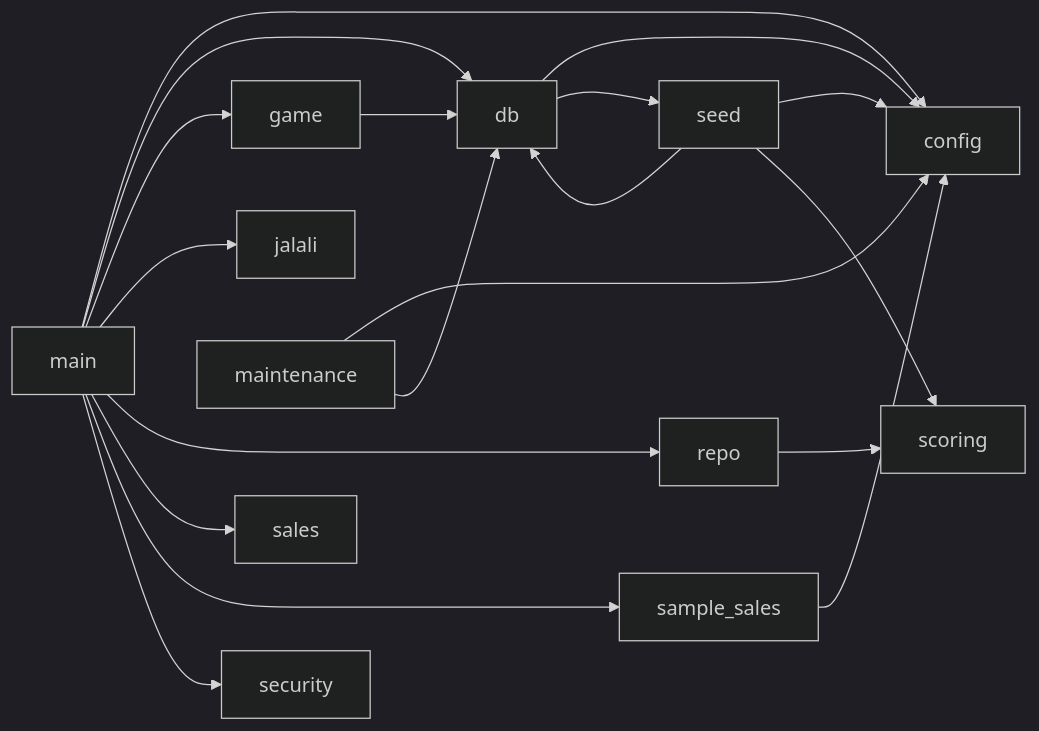
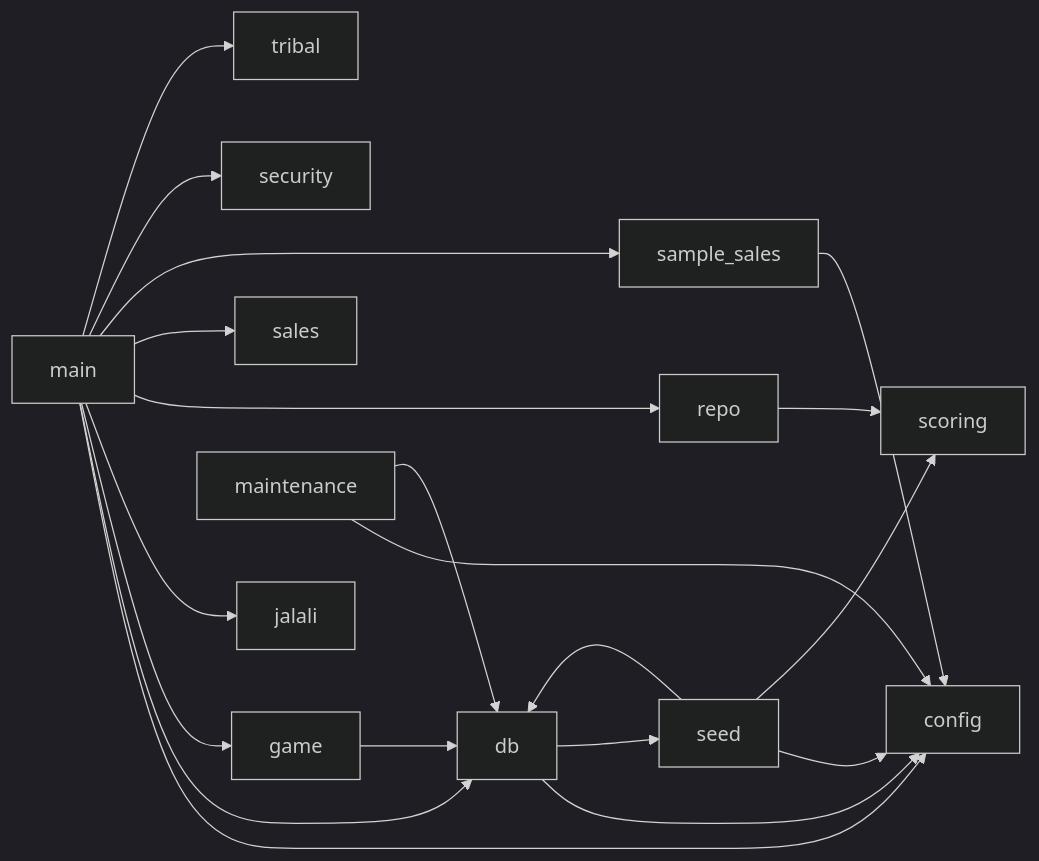
One commit to iciiex/comu-center changed the diagram in docs/agent-guide/code-map.md. Above: the diagram before and after it, drawn with Mermaid (dark theme). The commit also changed other lines of this file and 18 other files, not shown here.

````diff
--- a/docs/agent-guide/code-map.md
+++ b/docs/agent-guide/code-map.md
@@ -46,21 +47,22 @@
 ```mermaid
 graph LR
     db --> config
     db --> seed
     game --> db
     main --> config
     main --> db
     main --> game
     main --> jalali
     main --> repo
     main --> sales
     main --> sample_sales
     main --> security
+    main --> tribal
     maintenance --> config
     maintenance --> db
     repo --> scoring
     sample_sales --> config
     seed --> config
     seed --> db
     seed --> scoring
 ```
````
